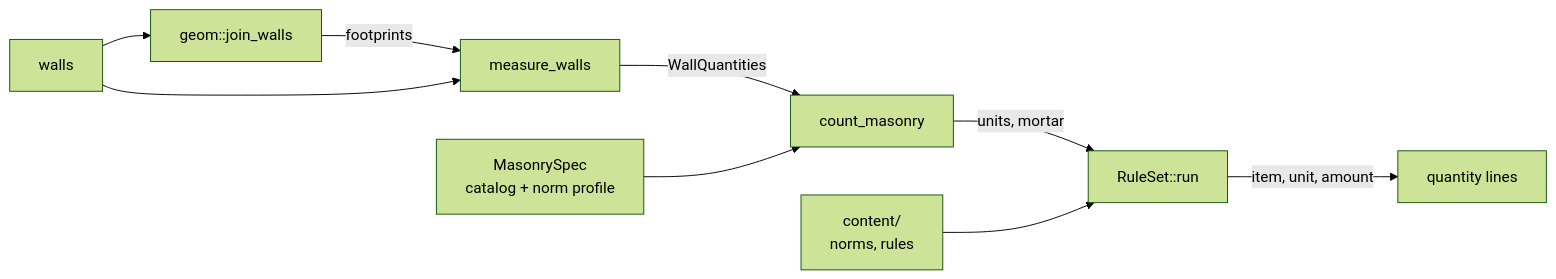
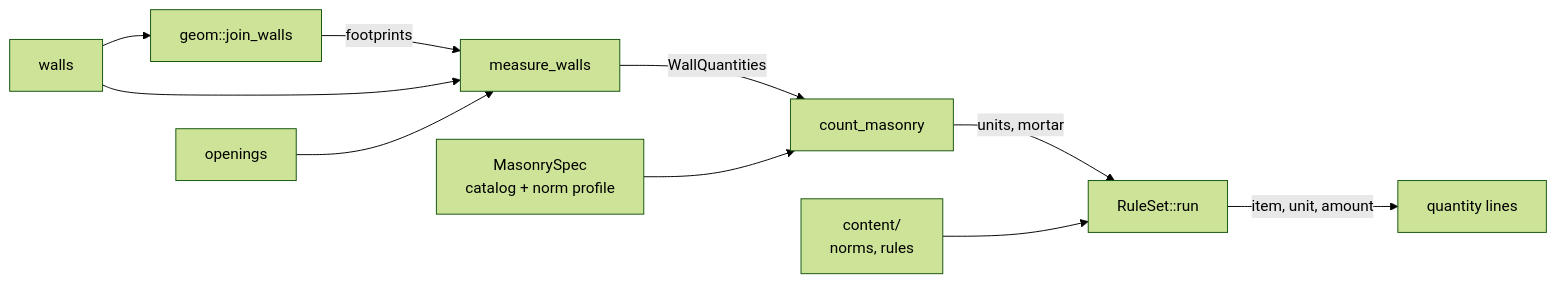
The diagram in engine/takeoff/README.md (globallstudent/otves), drawn with Mermaid (forest theme) before and after one commit. The commit also changed other lines of this file and 9 other files, not shown here.

````diff
--- a/engine/takeoff/README.md
+++ b/engine/takeoff/README.md
@@ -5,11 +5,12 @@
 ```mermaid
 flowchart LR
   W["walls"] --> J["geom::join_walls"]
   J -- "footprints" --> M["measure_walls"]
   W --> M
+  O["openings"] --> M
   M -- "WallQuantities" --> C["count_masonry"]
   S["MasonrySpec<br/>catalog + norm profile"] --> C
   C -- "units, mortar" --> R["RuleSet::run"]
   K["content/<br/>norms, rules"] --> R
   R -- "item, unit, amount" --> L["quantity lines"]
 ```
````
